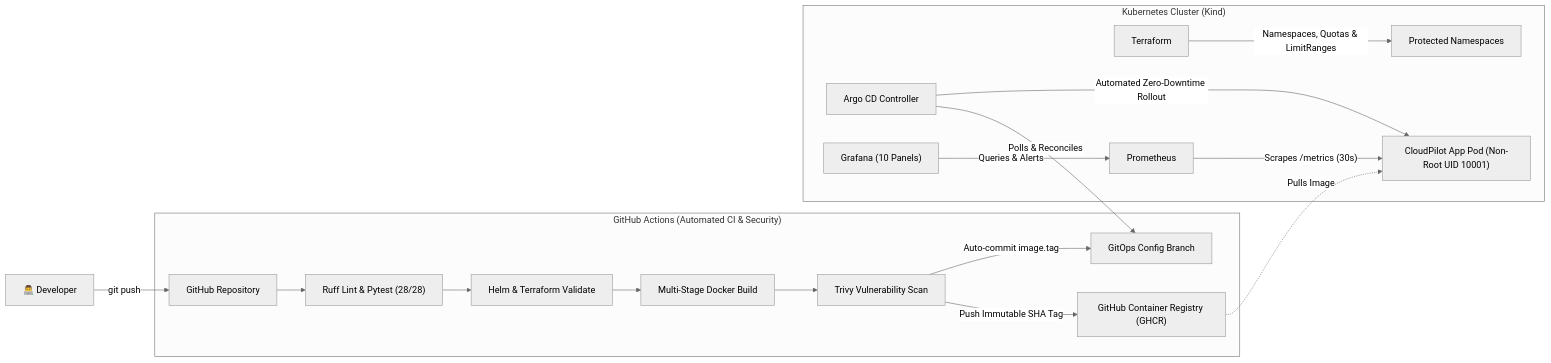
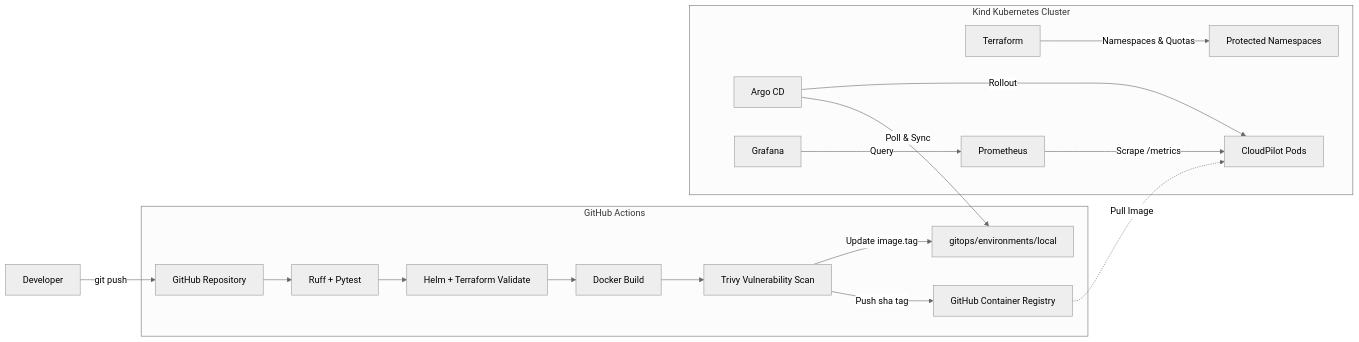
Before and after one commit to Ayyappanmj/cloudpilot: the diagram in README.md, drawn with Mermaid (neutral theme). The commit also changed other lines of this file, not shown here.

Commit message:
docs: streamline README with natural developer documentation style

````diff
--- a/README.md
+++ b/README.md
@@ -33,22 +11,22 @@
 ```mermaid
 flowchart LR
-    Dev["👨‍💻 Developer"] -->|"git push"| GH["GitHub Repository"]
+    Dev[Developer] -->|git push| GH[GitHub Repository]
 
-    subgraph CI["GitHub Actions (Automated CI & Security)"]
-        GH --> LINT["Ruff Lint & Pytest (28/28)"]
-        LINT --> VAL["Helm & Terraform Validate"]
-        VAL --> BUILD["Multi-Stage Docker Build"]
-        BUILD --> SCAN["Trivy Vulnerability Scan"]
-        SCAN -->|"Push Immutable SHA Tag"| GHCR["GitHub Container Registry (GHCR)"]
-        SCAN -->|"Auto-commit image.tag"| GITOPS_BRANCH["GitOps Config Branch"]
+    subgraph CI["GitHub Actions"]
+        GH --> Test[Ruff + Pytest]
+        Test --> Validate[Helm + Terraform Validate]
+        Validate --> Build[Docker Build]
+        Build --> Scan[Trivy Vulnerability Scan]
+        Scan -->|Push sha tag| GHCR[GitHub Container Registry]
+        Scan -->|Update image.tag| GitOps[gitops/environments/local]
     end
 
-    subgraph K8S["Kubernetes Cluster (Kind)"]
-        TF["Terraform"] -->|"Namespaces, Quotas & LimitRanges"| NAMESPACE["Protected Namespaces"]
-        ARGO["Argo CD Controller"] -->|"Polls & Reconciles"| GITOPS_BRANCH
-        ARGO -->|"Automated Zero-Downtime Rollout"| APP["CloudPilot App Pod (Non-Root UID 10001)"]
-        GHCR -.->|"Pulls Image"| APP
-        PROM["Prometheus"] -->|"Scrapes /metrics (30s)"| APP
-        GRAF["Grafana (10 Panels)"] -->|"Queries & Alerts"| PROM
+    subgraph Cluster["Kind Kubernetes Cluster"]
+        TF[Terraform] -->|Namespaces & Quotas| NS[Protected Namespaces]
+        Argo[Argo CD] -->|Poll & Sync| GitOps
+        Argo -->|Rollout| Pods[CloudPilot Pods]
+        GHCR -.->|Pull Image| Pods
+        Prom[Prometheus] -->|Scrape /metrics| Pods
+        Graf[Grafana] -->|Query| Prom
     end
 ```
````
